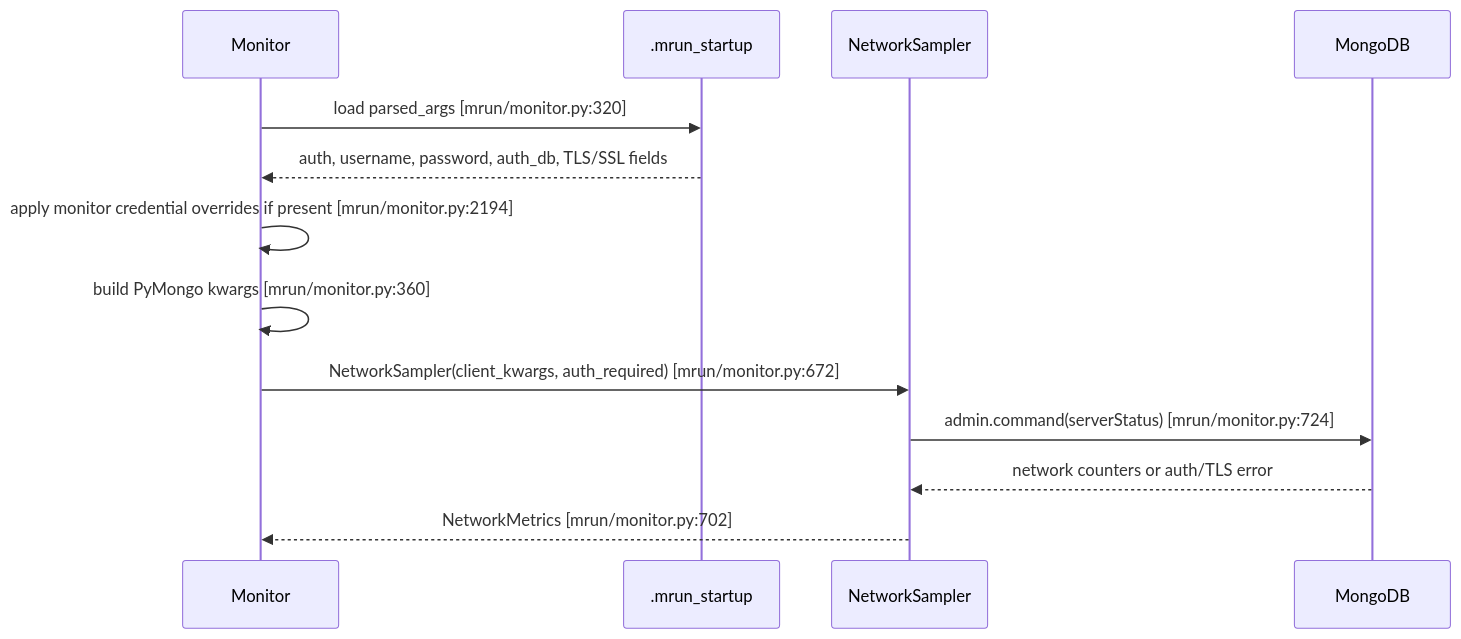
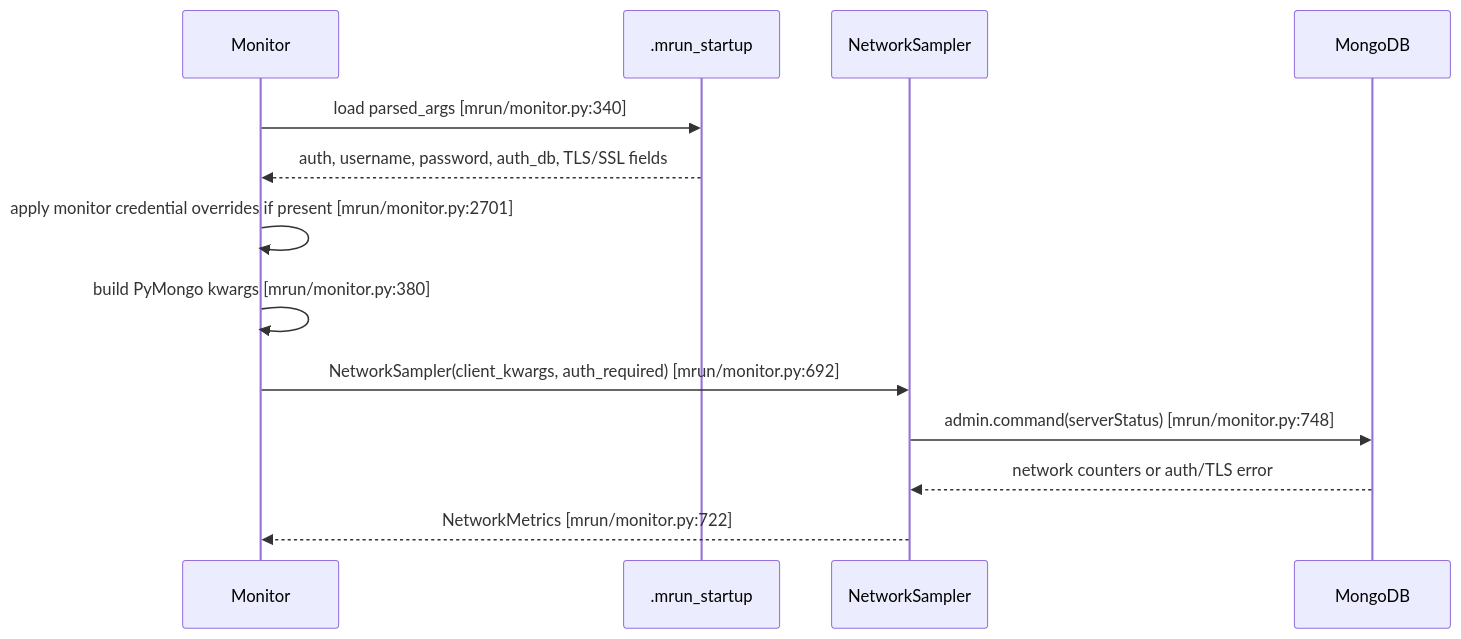
Before and after one commit to mongodb/mlaunch: the third of 11 diagrams in doc/feature-monitor-guide.md, drawn with Mermaid. The commit also changed other lines of this file and 4 other files, not shown here.

````diff
--- a/doc/feature-monitor-guide.md
+++ b/doc/feature-monitor-guide.md
@@ -183,16 +185,16 @@
 ```mermaid
 sequenceDiagram
     participant Monitor as Monitor
     participant FS as .mrun_startup
     participant Sampler as NetworkSampler
     participant Mongo as MongoDB
 
-    Monitor->>FS: load parsed_args [mrun/monitor.py:320]
+    Monitor->>FS: load parsed_args [mrun/monitor.py:340]
     FS-->>Monitor: auth, username, password, auth_db, TLS/SSL fields
-    Monitor->>Monitor: apply monitor credential overrides if present [mrun/monitor.py:2194]
-    Monitor->>Monitor: build PyMongo kwargs [mrun/monitor.py:360]
-    Monitor->>Sampler: NetworkSampler(client_kwargs, auth_required) [mrun/monitor.py:672]
-    Sampler->>Mongo: admin.command(serverStatus) [mrun/monitor.py:724]
+    Monitor->>Monitor: apply monitor credential overrides if present [mrun/monitor.py:2701]
+    Monitor->>Monitor: build PyMongo kwargs [mrun/monitor.py:380]
+    Monitor->>Sampler: NetworkSampler(client_kwargs, auth_required) [mrun/monitor.py:692]
+    Sampler->>Mongo: admin.command(serverStatus) [mrun/monitor.py:748]
     Mongo-->>Sampler: network counters or auth/TLS error
-    Sampler-->>Monitor: NetworkMetrics [mrun/monitor.py:702]
+    Sampler-->>Monitor: NetworkMetrics [mrun/monitor.py:722]
 ```
````
